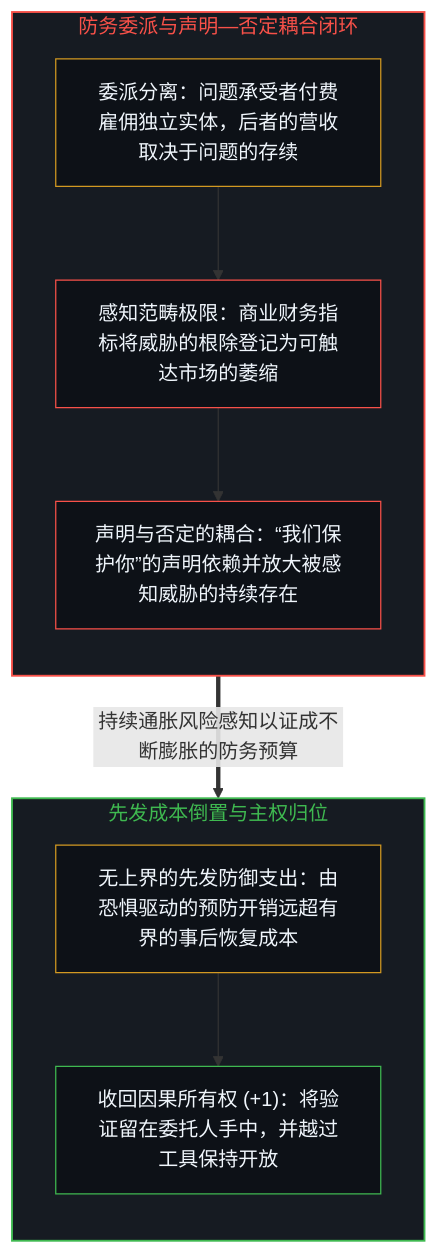
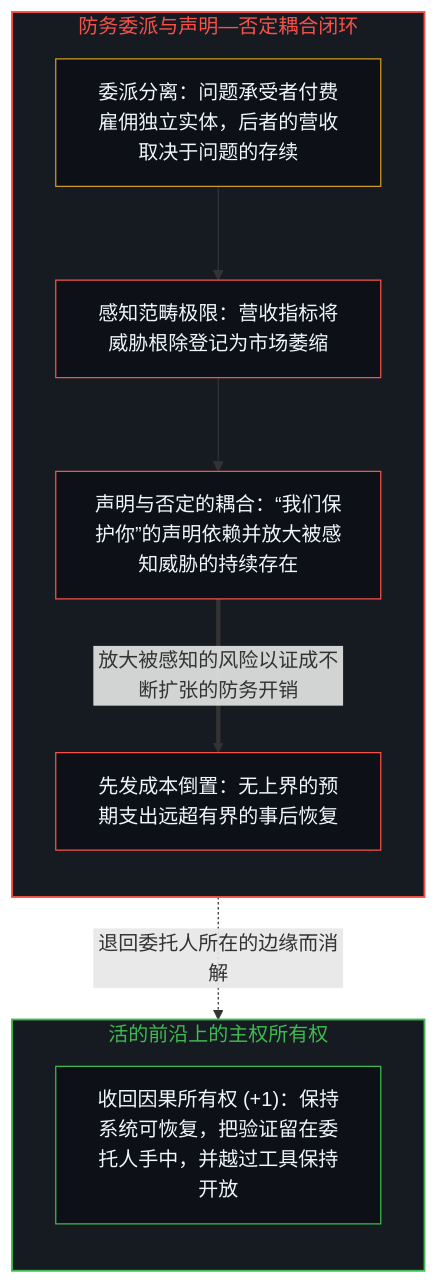
Before and after one commit to powerpig99/not-a-toe: the first of 2 diagrams in content/posts/cybersecurity-arms-race.md, drawn with Mermaid. The commit also changed other lines of this file and 4 other files, not shown here.

````diff
--- a/content/posts/cybersecurity-arms-race.md
+++ b/content/posts/cybersecurity-arms-race.md
@@ -17,24 +17,24 @@
 ```mermaid
 flowchart TD
     subgraph S_Loop["防务委派与声明—否定耦合闭环"]
         direction TB
         Delegate["委派分离：问题承受者付费雇佣独立实体，后者的营收取决于问题的存续"]
-        Blind["感知范畴极限：商业财务指标将威胁的根除登记为可触达市场的萎缩"]
+        Blind["感知范畴极限：营收指标将威胁根除登记为市场萎缩"]
         Couple["声明与否定的耦合：“我们保护你”的声明依赖并放大被感知威胁的持续存在"]
+        Preempt["先发成本倒置：无上界的预期支出远超有界的事后恢复"]
         Delegate --> Blind --> Couple
+        Couple ==>|"放大被感知的风险以证成不断扩张的防务开销"| Preempt
     end
-    subgraph S_Invert["先发成本倒置与主权归位"]
+    subgraph S_Direct["活的前沿上的主权所有权"]
         direction TB
-        Preempt["无上界的先发防御支出：由恐惧驱动的预防开销远超有界的事后恢复成本"]
-        Direct["收回因果所有权 (+1)：将验证留在委托人手中，并越过工具保持开放"]
-        Preempt --> Direct
+        Direct["收回因果所有权 (+1)：保持系统可恢复，把验证留在委托人手中，并越过工具保持开放"]
     end
-    Couple ==>|"持续通胀风险感知以证成不断膨胀的防务预算"| Preempt
+    Preempt -.->|"退回委托人所在的边缘而消解"| Direct
     style S_Loop fill:#161b22,stroke:#f85149,stroke-width:1.5px,color:#f85149
-    style S_Invert fill:#161b22,stroke:#3fb950,stroke-width:1.5px,color:#3fb950
+    style S_Direct fill:#161b22,stroke:#3fb950,stroke-width:1.5px,color:#3fb950
     style Delegate fill:#0d1117,stroke:#d29922,stroke-width:1px,color:#f0f6fc
     style Blind fill:#0d1117,stroke:#f85149,stroke-width:1px,color:#f0f6fc
     style Couple fill:#0d1117,stroke:#f85149,stroke-width:1px,color:#f0f6fc
-    style Preempt fill:#0d1117,stroke:#d29922,stroke-width:1px,color:#f0f6fc
+    style Preempt fill:#0d1117,stroke:#f85149,stroke-width:1px,color:#f0f6fc
     style Direct fill:#0d1117,stroke:#3fb950,stroke-width:1px,color:#f0f6fc
 ```
````
